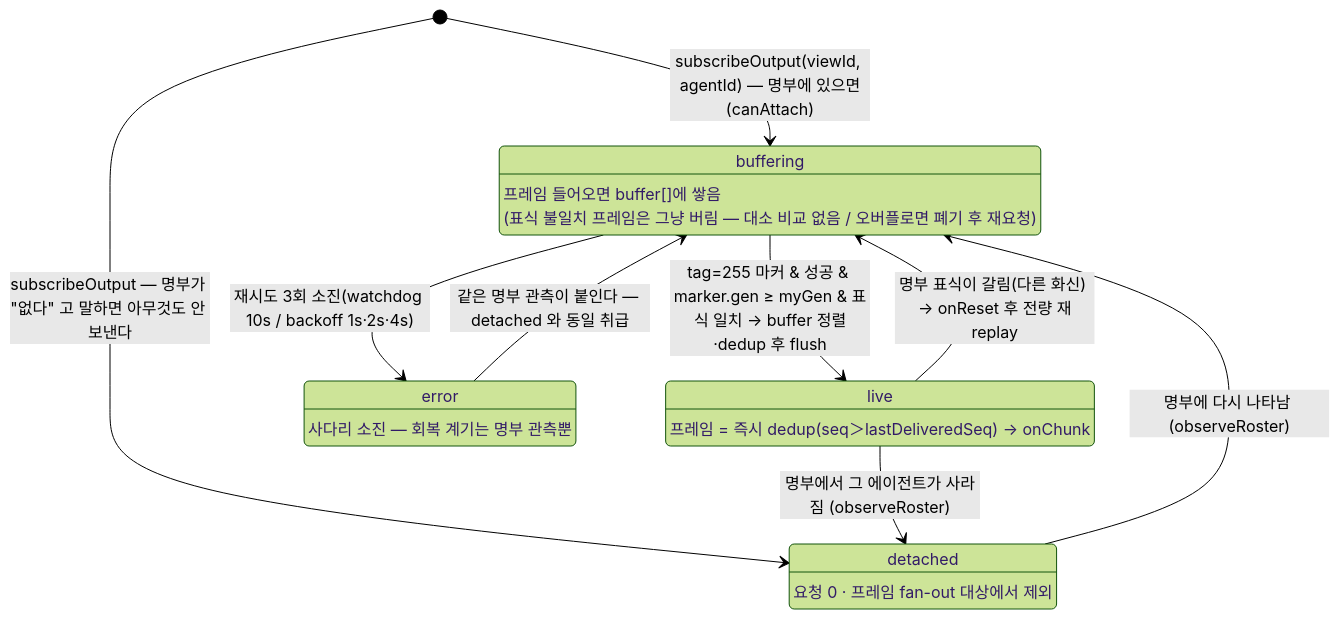
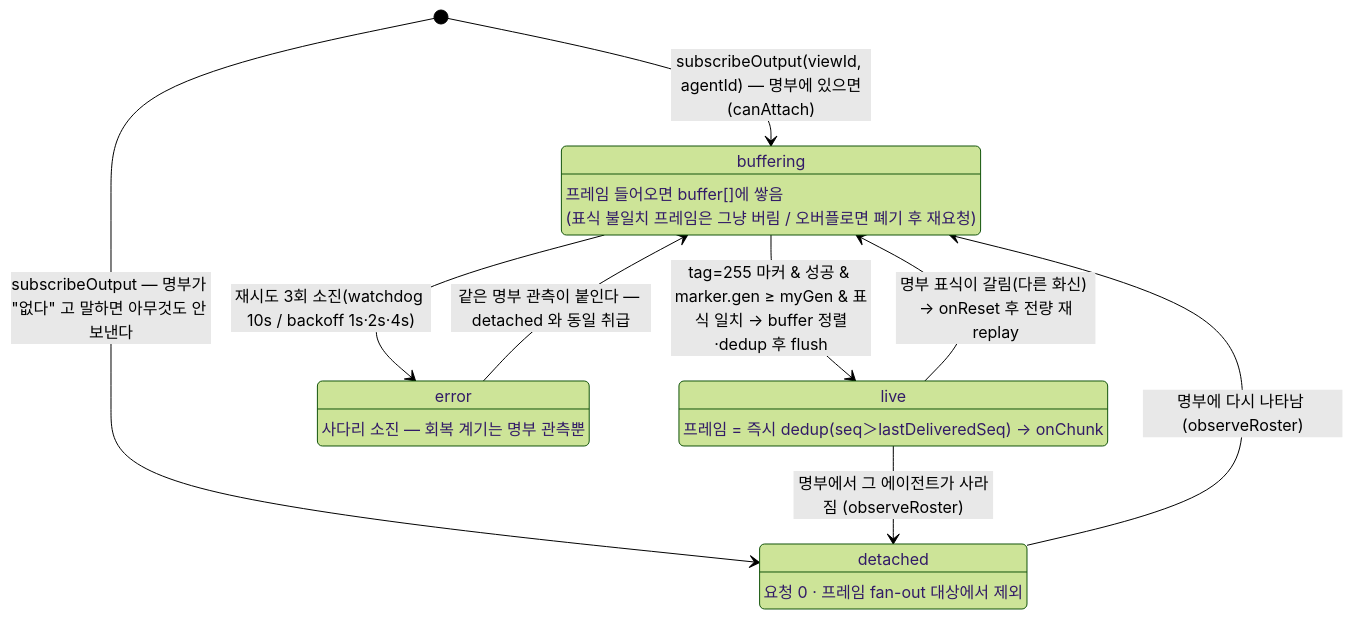
Before and after one commit to kimsunzun/engram-dashboard: diagram 15 of 20 in docs/reference/architecture-overview.md, drawn with Mermaid (forest theme). The commit also changed other lines of this file, not shown here.

````diff
--- a/docs/reference/architecture-overview.md
+++ b/docs/reference/architecture-overview.md
@@ -584,21 +584,21 @@
 ```mermaid
 stateDiagram-v2
   [*] --> buffering : subscribeOutput(viewId, agentId) — 명부에 있으면(canAttach)
   [*] --> detached : subscribeOutput — 명부가 "없다" 고 말하면 아무것도 안 보낸다
   detached : detached
   detached : 요청 0 · 프레임 fan-out 대상에서 제외
   buffering : buffering
   buffering : 프레임 들어오면 buffer[]에 쌓음
-  buffering : (표식 불일치 프레임은 그냥 버림 — 대소 비교 없음 / 오버플로면 폐기 후 재요청)
+  buffering : (표식 불일치 프레임은 그냥 버림 / 오버플로면 폐기 후 재요청)
   live : live
   live : 프레임 = 즉시 dedup(seq＞lastDeliveredSeq) → onChunk
   error : error
   error : 사다리 소진 — 회복 계기는 명부 관측뿐
 
   buffering --> live : tag=255 마커 & 성공 & marker.gen ≥ myGen & 표식 일치 → buffer 정렬·dedup 후 flush
   buffering --> error : 재시도 3회 소진(watchdog 10s / backoff 1s·2s·4s)
   live --> detached : 명부에서 그 에이전트가 사라짐 (observeRoster)
   detached --> buffering : 명부에 다시 나타남 (observeRoster)
   error --> buffering : 같은 명부 관측이 붙인다 — detached 와 동일 취급
   live --> buffering : 명부 표식이 갈림(다른 화신) → onReset 후 전량 재replay
 ```
````
